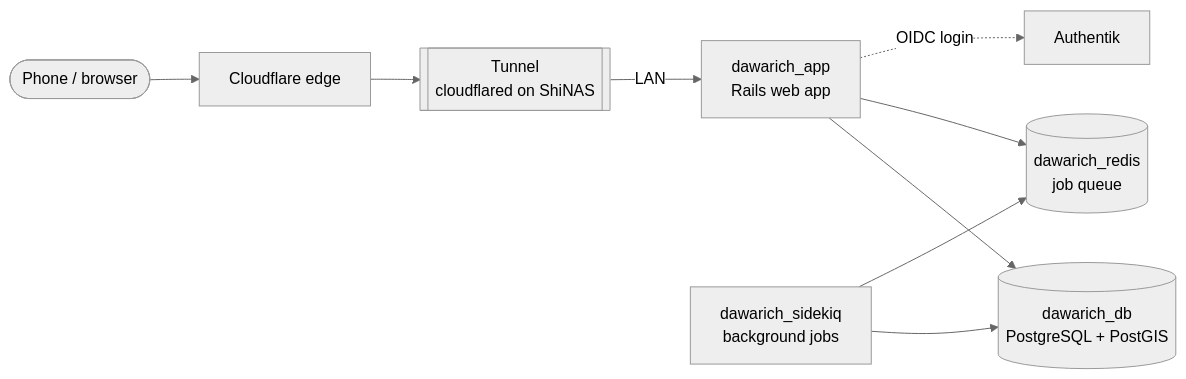
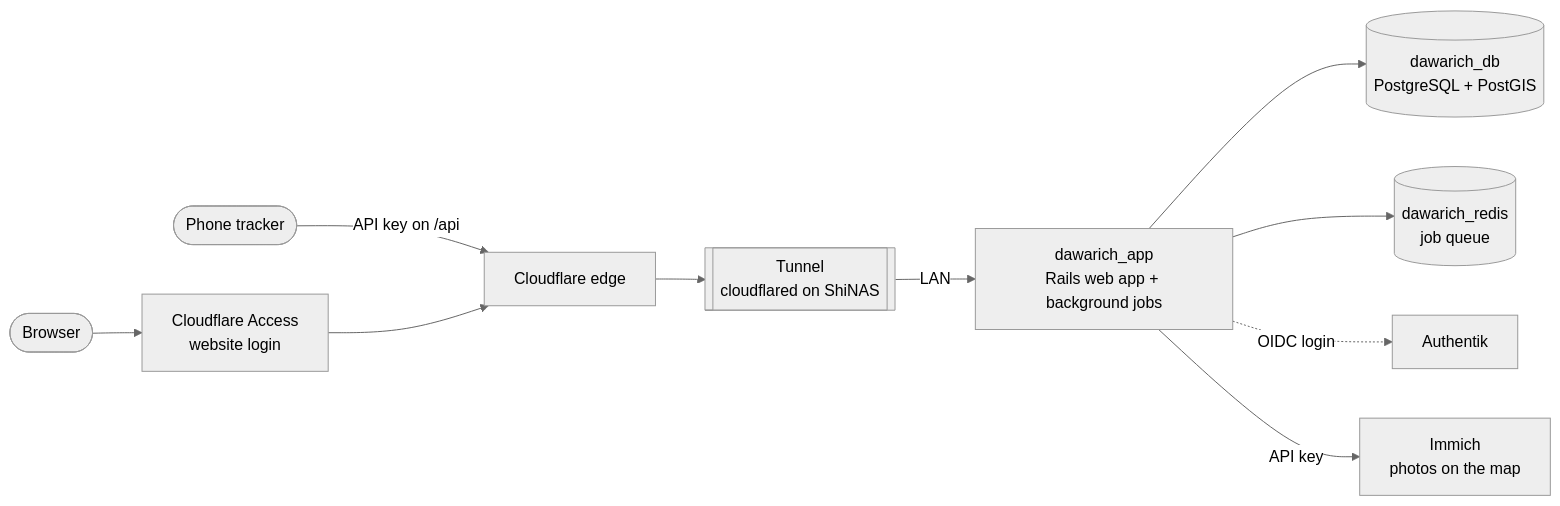
Before and after one commit to Shineori/homelab: the diagram in docs/services/dawarich.md, drawn with Mermaid (neutral theme). The commit also changed other lines of this file and 3 other files, not shown here.

Commit message:
Dawarich: update to 1.21.0, embedded jobs, production mode and Access lockdown

````diff
--- a/docs/services/dawarich.md
+++ b/docs/services/dawarich.md
@@ -26,11 +26,12 @@
 ```mermaid
 flowchart LR
-    phone([Phone / browser]) --> cf[Cloudflare edge]
+    browser([Browser]) --> access[Cloudflare Access<br/>website login]
+    phone([Phone tracker]) -- API key on /api --> cf[Cloudflare edge]
+    access --> cf
     cf --> tun[[Tunnel<br/>cloudflared on ShiNAS]]
-    tun -- LAN --> app[dawarich_app<br/>Rails web app]
+    tun -- LAN --> app[dawarich_app<br/>Rails web app + background jobs]
     app --> db[(dawarich_db<br/>PostgreSQL + PostGIS)]
     app --> redis[(dawarich_redis<br/>job queue)]
-    sidekiq[dawarich_sidekiq<br/>background jobs] --> db
-    sidekiq --> redis
     app -. OIDC login .-> ak[Authentik]
+    app -- API key --> immich[Immich<br/>photos on the map]
 ```
````
